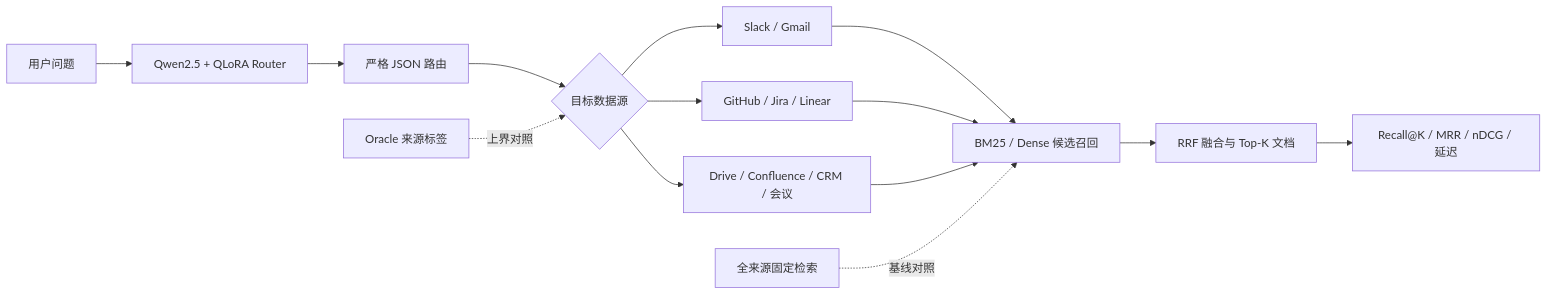
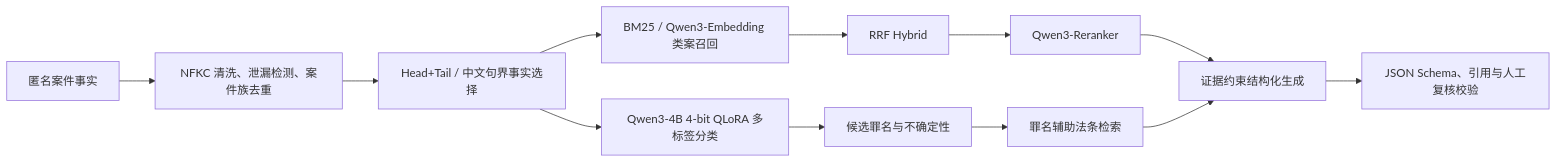
The diagram in README.md (zhuzhenxiang93-create/RAG), drawn with Mermaid before and after one commit. The commit also changed other lines of this file and 387 other files, not shown here.

````diff
--- a/README.md
+++ b/README.md
@@ -43,16 +9,14 @@
 ```mermaid
 flowchart LR
-    Q["用户问题"] --> R["Qwen2.5 + QLoRA Router"]
-    R --> J["严格 JSON 路由"]
-    J --> S{"目标数据源"}
-    S --> A["Slack / Gmail"]
-    S --> B["GitHub / Jira / Linear"]
-    S --> C["Drive / Confluence / CRM / 会议"]
-    A --> BM["BM25 / Dense 候选召回"]
-    B --> BM
-    C --> BM
-    BM --> F["RRF 融合与 Top-K 文档"]
-    F --> E["Recall@K / MRR / nDCG / 延迟"]
-    OR["Oracle 来源标签"] -. 上界对照 .-> S
-    ALL["全来源固定检索"] -. 基线对照 .-> BM
+    A["匿名案件事实"] --> B["NFKC 清洗、泄漏检测、案件族去重"]
+    B --> C["Head+Tail / 中文句界事实选择"]
+    C --> D["Qwen3-4B 4-bit QLoRA 多标签分类"]
+    C --> E["BM25 / Qwen3-Embedding 类案召回"]
+    D --> F["候选罪名与不确定性"]
+    E --> G["RRF Hybrid"]
+    G --> H["Qwen3-Reranker"]
+    F --> I["罪名辅助法条检索"]
+    H --> J["证据约束结构化生成"]
+    I --> J
+    J --> K["JSON Schema、引用与人工复核校验"]
 ```
````
